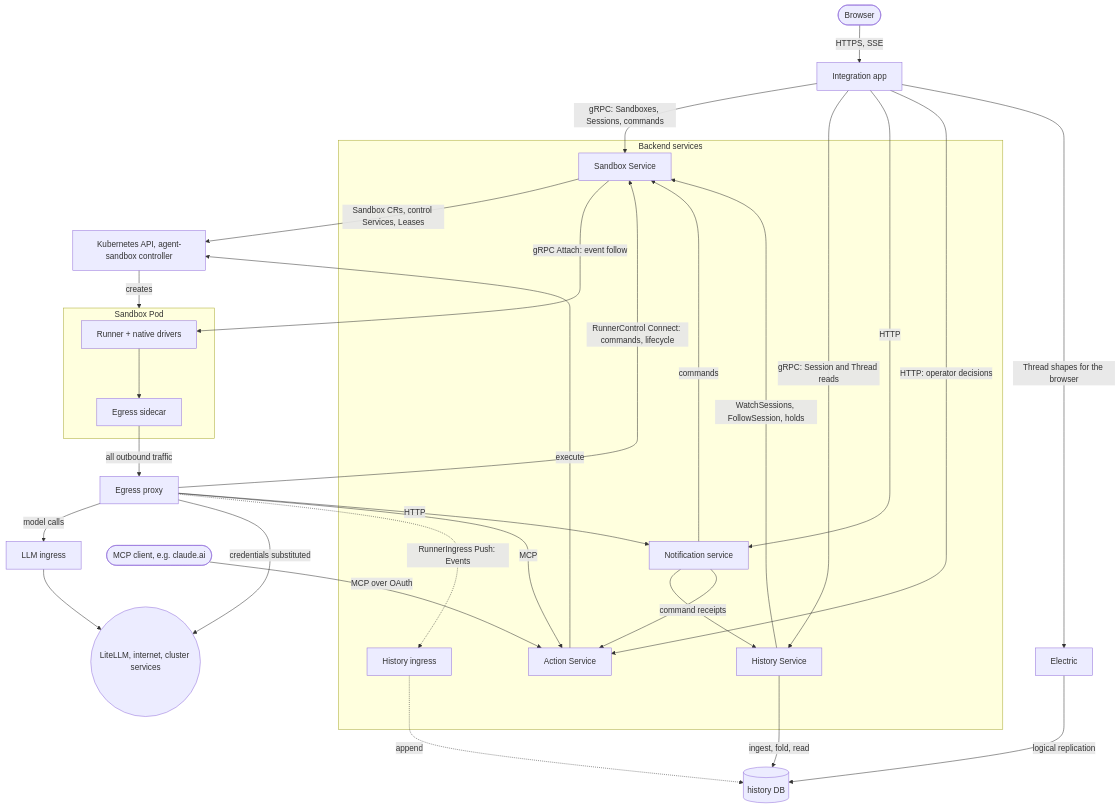
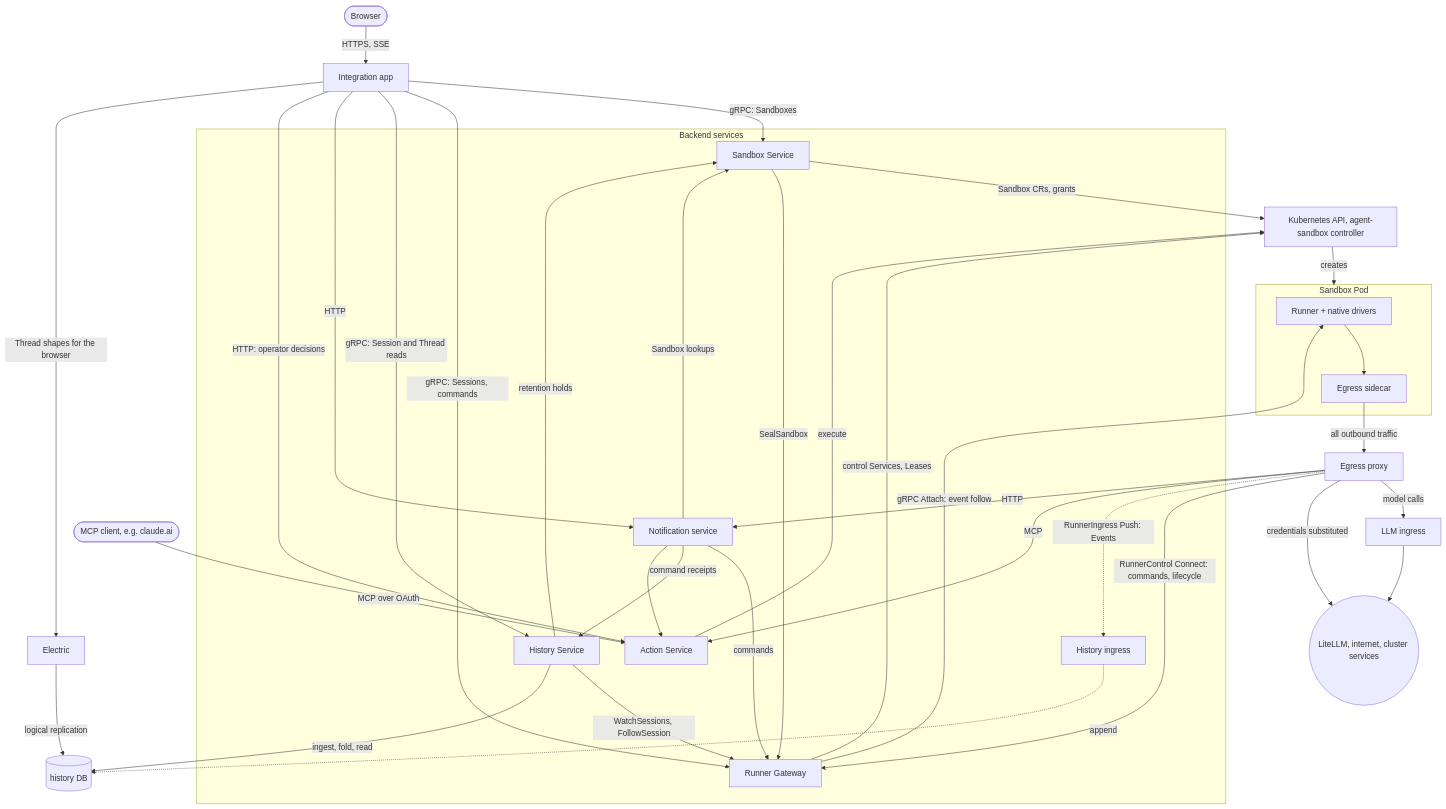
Before and after one commit to agentydragon-agent/ducktape: the diagram in agentplane/README.md, drawn with Mermaid. The commit also changed other lines of this file and 39 other files, not shown here.

````diff
--- a/agentplane/README.md
+++ b/agentplane/README.md
@@ -31,51 +31,57 @@
 ```mermaid
 flowchart TB
     browser([Browser])
     mcp_client([MCP client, e.g. claude.ai])
     app[Integration app]
     subgraph services[Backend services]
         ss[Sandbox Service]
+        gw[Runner Gateway]
         hs[History Service]
         hi[History ingress]
         notif[Notification service]
         actions[Action Service]
     end
     subgraph sandbox[Sandbox Pod]
         runner[Runner + native drivers]
         sidecar[Egress sidecar]
     end
     proxy[Egress proxy]
     llm[LLM ingress]
     k8s[Kubernetes API, agent-sandbox controller]
     electric[Electric]
     hist_db[(history DB)]
     outside((LiteLLM, internet, cluster services))
 
     browser -->|HTTPS, SSE| app
     mcp_client -->|MCP over OAuth| actions
-    app -->|gRPC: Sandboxes, Sessions, commands| ss
+    app -->|gRPC: Sandboxes| ss
+    app -->|gRPC: Sessions, commands| gw
     app -->|gRPC: Session and Thread reads| hs
     app -->|HTTP| notif
     app -->|HTTP: operator decisions| actions
     app -->|Thread shapes for the browser| electric
     electric -->|logical replication| hist_db
 
-    ss -->|Sandbox CRs, control Services, Leases| k8s
+    ss -->|Sandbox CRs, grants| k8s
+    ss -->|SealSandbox| gw
     k8s -->|creates| sandbox
-    ss -->|gRPC Attach: event follow| runner
-    hs -->|WatchSessions, FollowSession, holds| ss
+    gw -->|control Services, Leases| k8s
+    gw -->|gRPC Attach: event follow| runner
+    hs -->|WatchSessions, FollowSession| gw
+    hs -->|retention holds| ss
     hs -->|ingest, fold, read| hist_db
     hi -.->|append| hist_db
-    notif -->|commands| ss
+    notif -->|Sandbox lookups| ss
+    notif -->|commands| gw
     notif -->|command receipts| hs
     notif --> actions
     actions -->|execute| k8s
 
     runner --> sidecar -->|all outbound traffic| proxy
-    proxy -->|RunnerControl Connect: commands, lifecycle| ss
+    proxy -->|RunnerControl Connect: commands, lifecycle| gw
     proxy -.->|RunnerIngress Push: Events| hi
     proxy -->|MCP| actions
     proxy -->|HTTP| notif
     proxy -->|model calls| llm --> outside
     proxy -->|credentials substituted| outside
 ```
````
